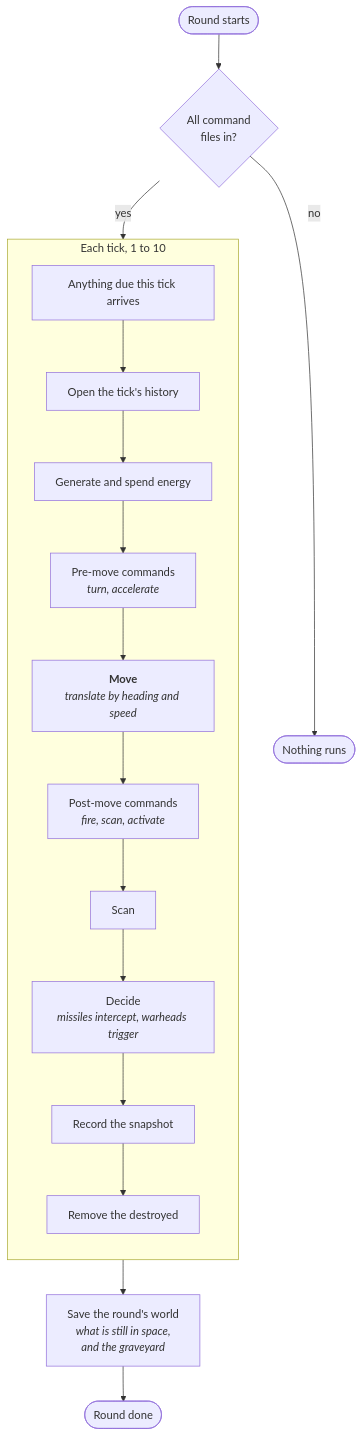
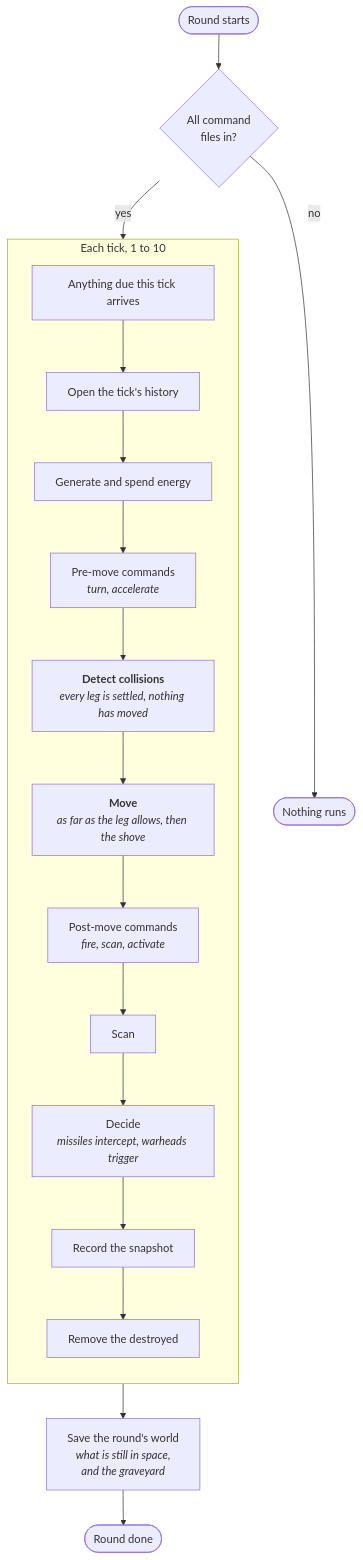
One commit to sbeaumont/starship-arena changed the second of 2 diagrams in docs/architecture.md. Above: the diagram before and after it, drawn with Mermaid. The commit also changed other lines of this file and 67 other files, not shown here.

````diff
--- a/docs/architecture.md
+++ b/docs/architecture.md
@@ -108,22 +108,23 @@
 ```mermaid
 flowchart TD
     Start([Round starts]) --> Check{"All command<br/>files in?"}
     Check -->|no| Stop([Nothing runs])
     Check -->|yes| Tick
 
     subgraph Tick ["Each tick, 1 to 10"]
         direction TB
         Arrive["Anything due this tick arrives"] --> H["Open the tick's history"]
         H --> E["Generate and spend energy"]
         E --> PreCmd["Pre-move commands<br/><i>turn, accelerate</i>"]
-        PreCmd --> Move["<b>Move</b><br/><i>translate by heading and speed</i>"]
+        PreCmd --> Detect["<b>Detect collisions</b><br/><i>every leg is settled, nothing has moved</i>"]
+        Detect --> Move["<b>Move</b><br/><i>as far as the leg allows, then the shove</i>"]
         Move --> PostCmd["Post-move commands<br/><i>fire, scan, activate</i>"]
         PostCmd --> Scan["Scan"]
         Scan --> Decide["Decide<br/><i>missiles intercept, warheads trigger</i>"]
         Decide --> Snap["Record the snapshot"]
         Snap --> Reap["Remove the destroyed"]
     end
 
     Tick --> Save["Save the round's world<br/><i>what is still in space,<br/>and the graveyard</i>"]
     Save --> Done([Round done])
 ```
````
